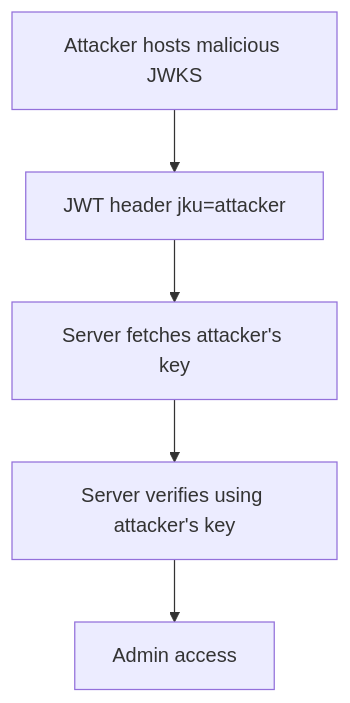
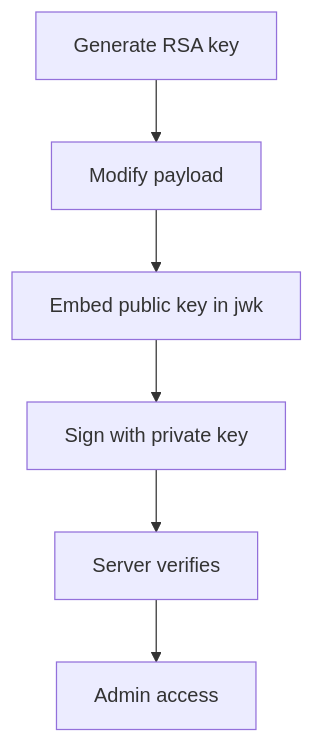
The fifth of 8 diagrams in _posts/2026-04-01-JWT2.md (rednexusacademy/rednexusacademy.github.io), drawn with Mermaid before and after one commit. The commit also changed other lines of this file, not shown here.

````diff
--- a/_posts/2026-04-01-JWT2.md
+++ b/_posts/2026-04-01-JWT2.md
@@ -313,7 +386,8 @@
 ```mermaid
 graph TD
-    A[Attacker hosts malicious JWKS] --> B[JWT header jku=attacker]
-    B --> C[Server fetches attacker's key]
-    C --> D[Server verifies using attacker's key]
-    D --> E[Admin access]
+    A[Generate RSA key] --> B[Modify payload]
+    B --> C[Embed public key in jwk]
+    C --> D[Sign with private key]
+    D --> E[Server verifies]
+    E --> F[Admin access]
 ```
````
